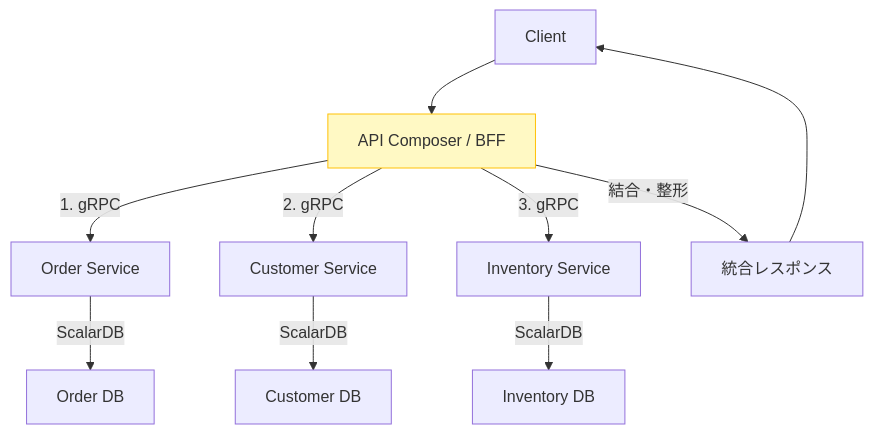
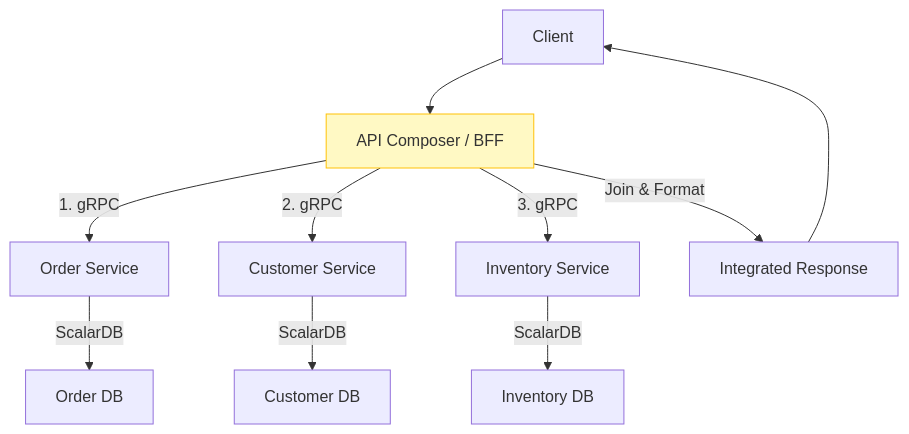
The fourth of 6 diagrams in workflow/greenfield/06_api_interface_design.md (wfukatsu/nexus-architect), drawn with Mermaid before and after one commit. The commit also changed other lines of this file and 6 other files, not shown here.

````diff
--- a/workflow/greenfield/06_api_interface_design.md
+++ b/workflow/greenfield/06_api_interface_design.md
@@ -192,17 +192,17 @@
 ```mermaid
 flowchart TD
     Client["Client"] --> Composer["API Composer / BFF"]
 
     Composer -->|"1. gRPC"| OrderSvc["Order Service"]
     Composer -->|"2. gRPC"| CustomerSvc["Customer Service"]
     Composer -->|"3. gRPC"| InventorySvc["Inventory Service"]
 
     OrderSvc -->|"ScalarDB"| OrderDB["Order DB"]
     CustomerSvc -->|"ScalarDB"| CustomerDB["Customer DB"]
     InventorySvc -->|"ScalarDB"| InventoryDB["Inventory DB"]
 
-    Composer -->|"結合・整形"| Response["統合レスポンス"]
+    Composer -->|"Join & Format"| Response["Integrated Response"]
     Response --> Client
 
     style Composer fill:#fff9c4,stroke:#ffc107
 ```
````
